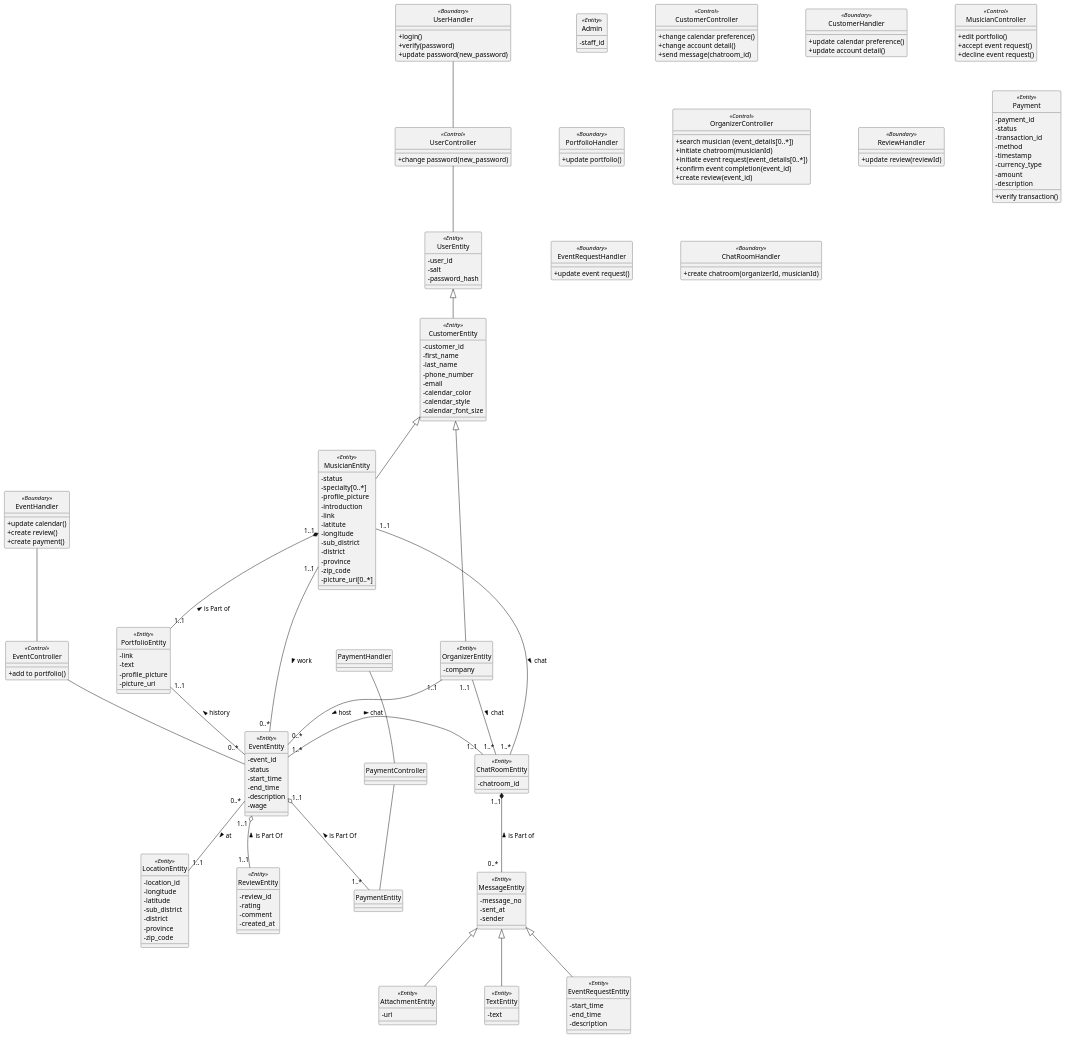
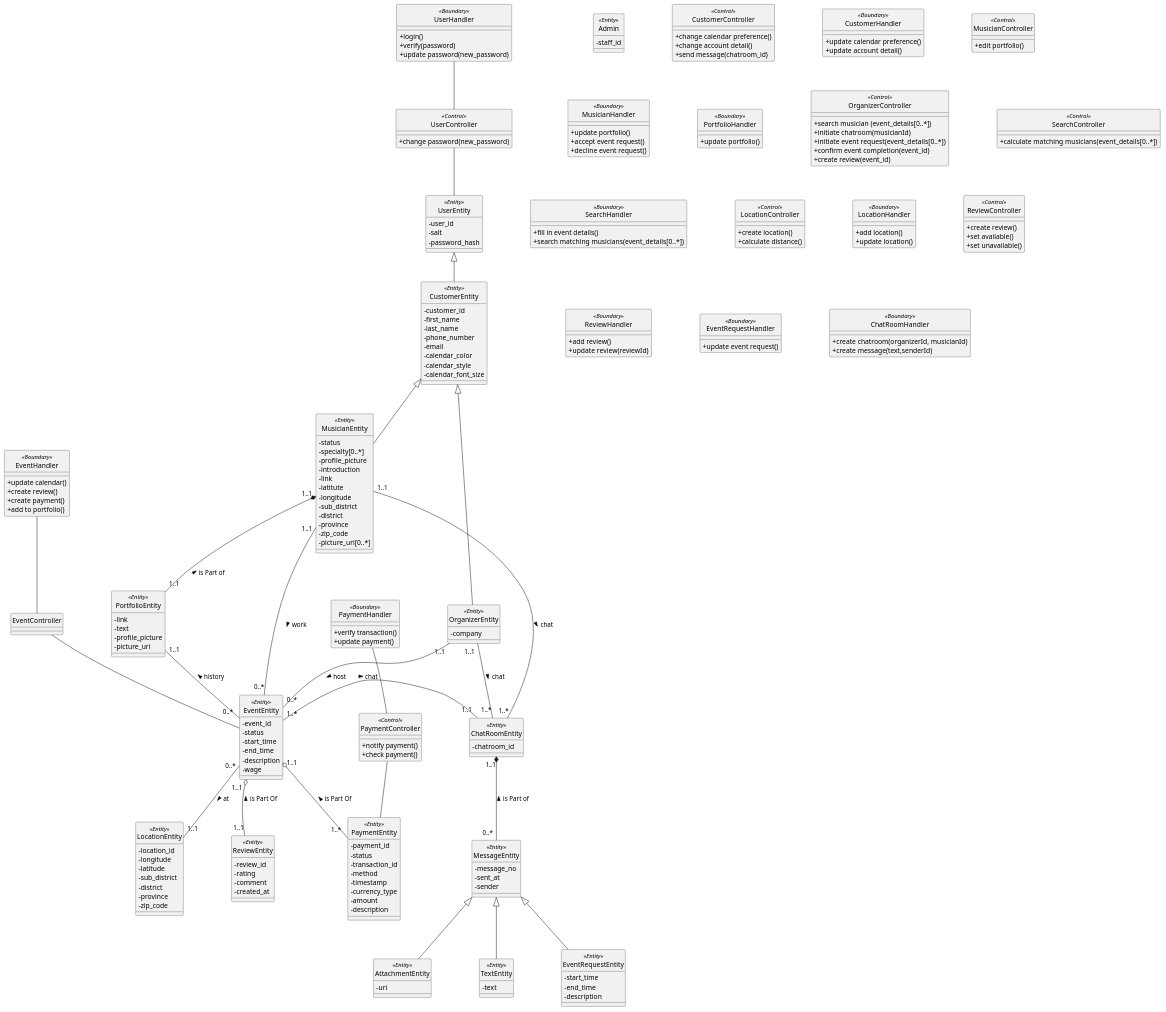
One commit to thanadolps/SE-digrams changed the diagram in class_diagram.puml. Above: the diagram before and after it, drawn with PlantUML.

Commit message:
More EBC class diagram

```diff
--- a/class_diagram.puml
+++ b/class_diagram.puml
@@ -105,9 +105,13 @@
 
     class MusicianController <<Control>> {
         +edit portfolio()
+    }  
+
+    class MusicianHandler <<Boundary>> {
+        +update portfolio()
         +accept event request()
         +decline event request()
-    }  
+    }
 
     'User "1..1" -- "1..1\t" Credential: authenticate <
 
@@ -142,17 +146,24 @@
         -end_time
         -description
         -wage
-    }
-
-    class EventController <<Control>> {
-        +add to portfolio()
-    }       
+    }    
 
     class EventHandler <<Boundary>> {
         +update calendar()
         +create review()
         +create payment()
+        +add to portfolio()
     }
+
+    class SearchController <<Control>> {
+        +calculate matching musicians(event_details[0..*])
+    }
+
+    class SearchHandler <<Boundary>> {
+        +fill in event details()
+        +search matching musicians(event_details[0..*])
+    }
+
     class LocationEntity <<Entity>> {
         -location_id
         -longitude
@@ -163,6 +174,16 @@
         -zip_code
     }
 
+    class LocationController <<Control>> {
+        +create location()
+        +calculate distance()
+    }
+
+    class LocationHandler <<Boundary>> {
+        +add location()
+        +update location()
+    }
+
     class ReviewEntity <<Entity>> {
         -review_id
         -rating
@@ -170,11 +191,18 @@
         -created_at
     }
 
+    class ReviewController <<Control>> {
+        +create review()
+        +set available()
+        +set unavailable()
+    }
+
     class ReviewHandler <<Boundary>> {
+        +add review()
         +update review(reviewId)
     }
 
-    class Payment <<Entity>>{
+    class PaymentEntity <<Entity>>{
         -payment_id
         -status
         -transaction_id
@@ -183,8 +211,18 @@
         -currency_type
         -amount
         -description
+        
+    } 
+
+    class PaymentController <<Control>> {
+        +notify payment()
+        +check payment()
+    }
+
+    class PaymentHandler <<Boundary>> {
         +verify transaction()
-    } 
+        +update payment()
+    }
 
     class MessageEntity <<Entity>> {
         -message_no
@@ -216,6 +254,7 @@
     
     class ChatRoomHandler <<Boundary>> {
         +create chatroom(organizerId, musicianId)
+        +create message(text,senderId)
     }
 
 @enduml
```
